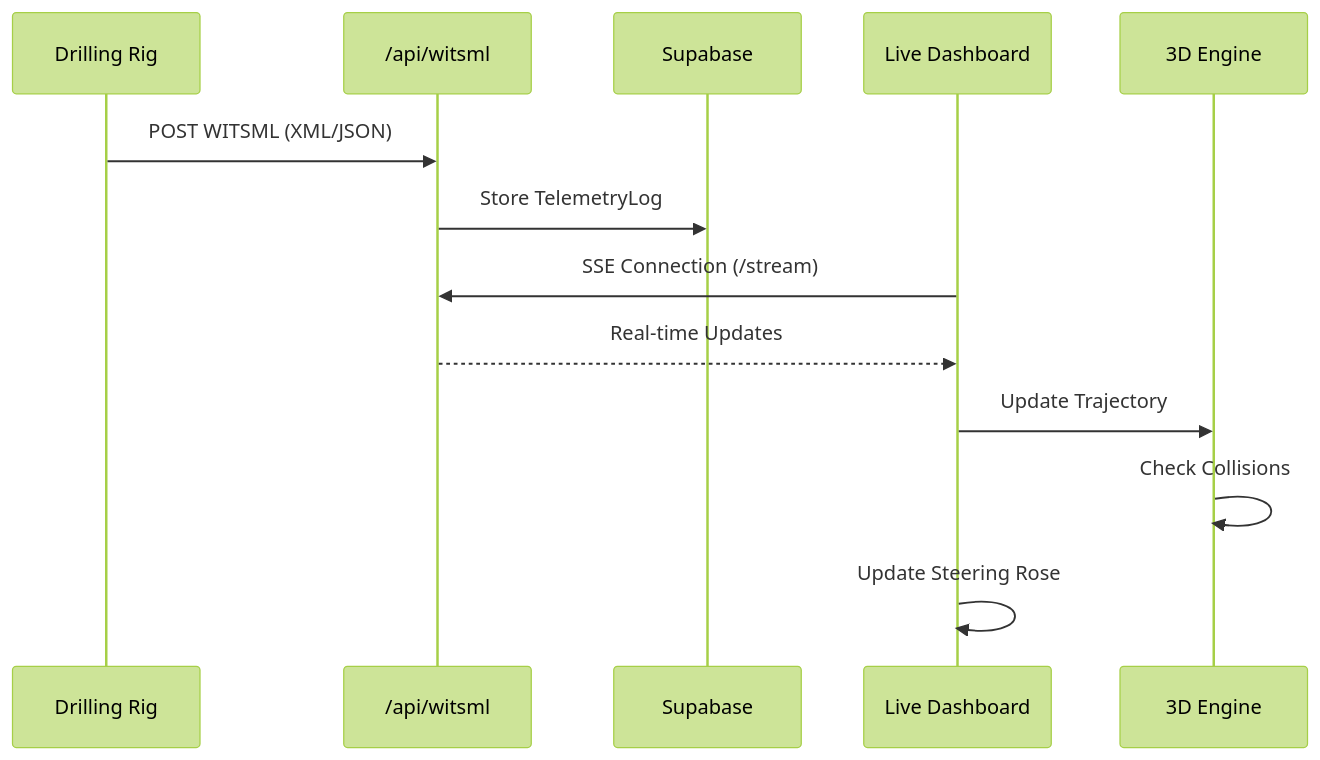
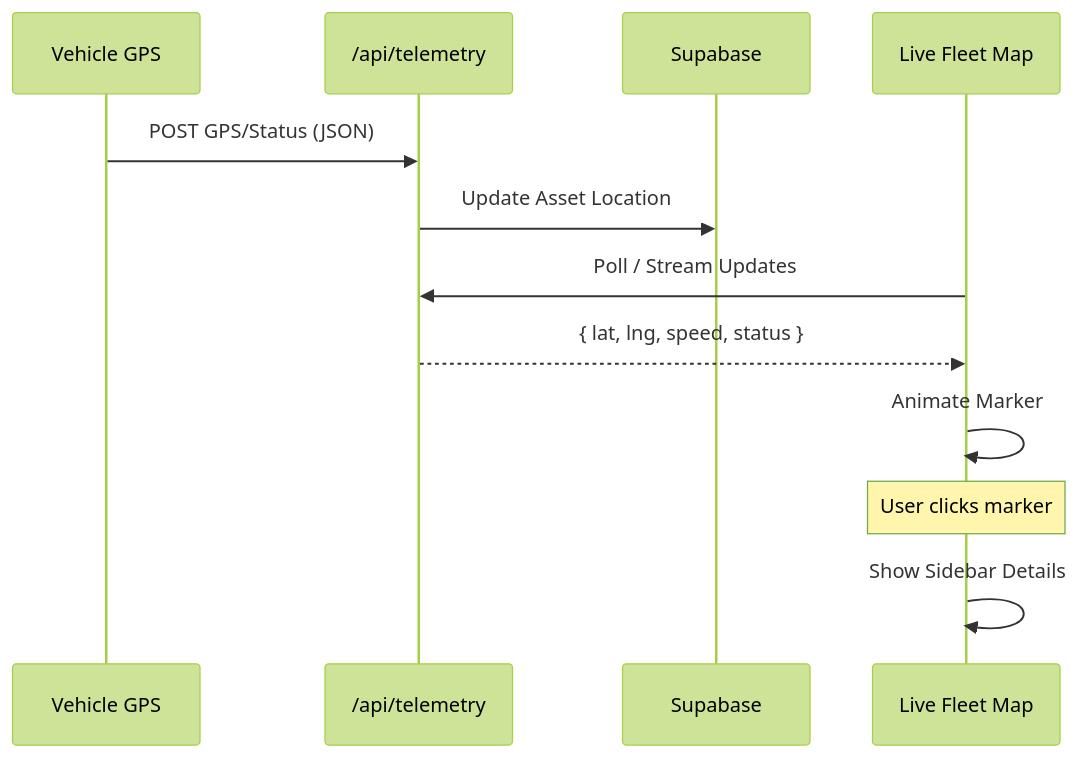
One commit to nice-and-precise/MU changed the second of 2 diagrams in README.md. Above: the diagram before and after it, drawn with Mermaid (forest theme). The commit also changed other lines of this file, not shown here.

Commit message:
Update README with new features and architecture diagrams

````diff
--- a/README.md
+++ b/README.md
@@ -53,16 +55,15 @@
 ```mermaid
 sequenceDiagram
-    participant Rig as Drilling Rig
-    participant API as /api/witsml
+    participant Truck as Vehicle GPS
+    participant API as /api/telemetry
     participant DB as Supabase
-    participant UI as Live Dashboard
-    participant 3D as 3D Engine
+    participant Map as Live Fleet Map
     
-    Rig->>API: POST WITSML (XML/JSON)
-    API->>DB: Store TelemetryLog
-    UI->>API: SSE Connection (/stream)
-    API-->>UI: Real-time Updates
-    UI->>3D: Update Trajectory
-    3D->>3D: Check Collisions
-    UI->>UI: Update Steering Rose
+    Truck->>API: POST GPS/Status (JSON)
+    API->>DB: Update Asset Location
+    Map->>API: Poll / Stream Updates
+    API-->>Map: { lat, lng, speed, status }
+    Map->>Map: Animate Marker
+    Note over Map: User clicks marker
+    Map->>Map: Show Sidebar Details
 ```
````
